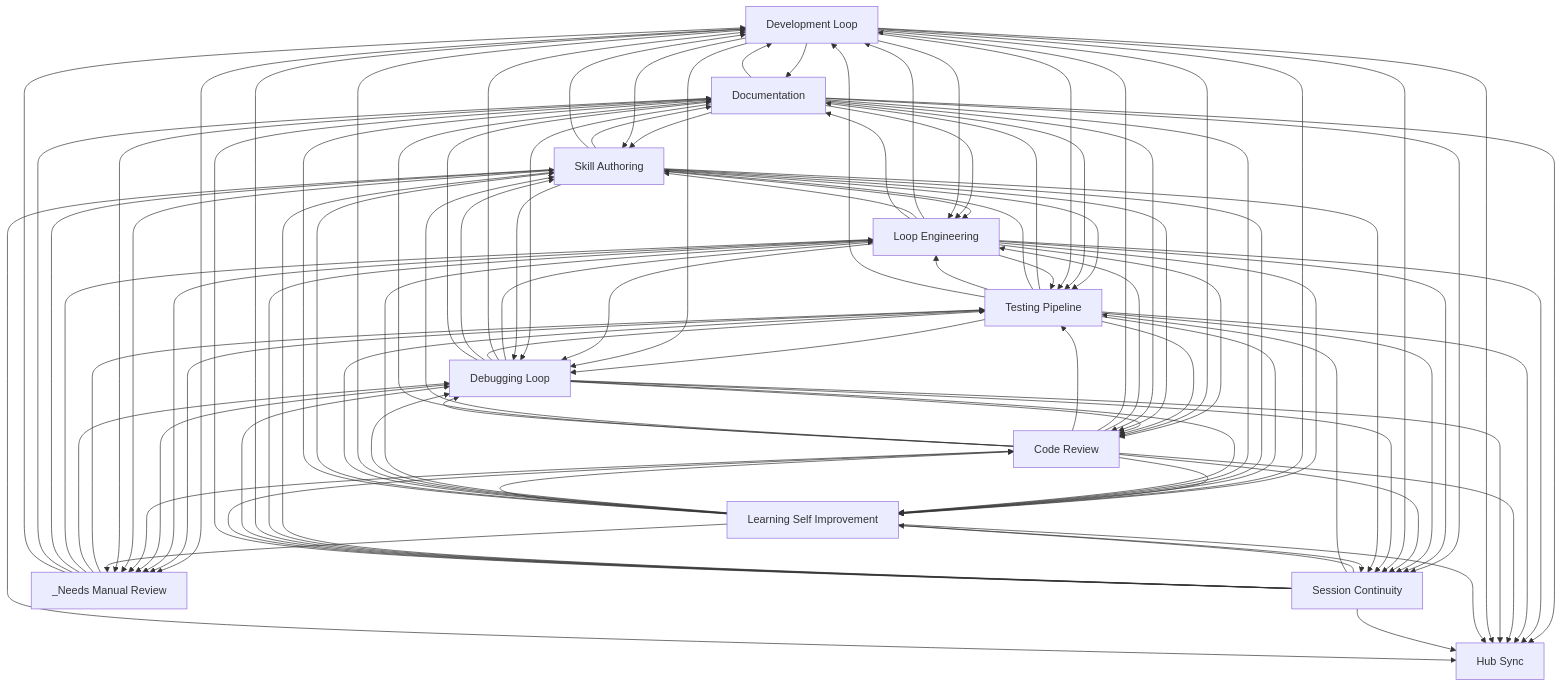
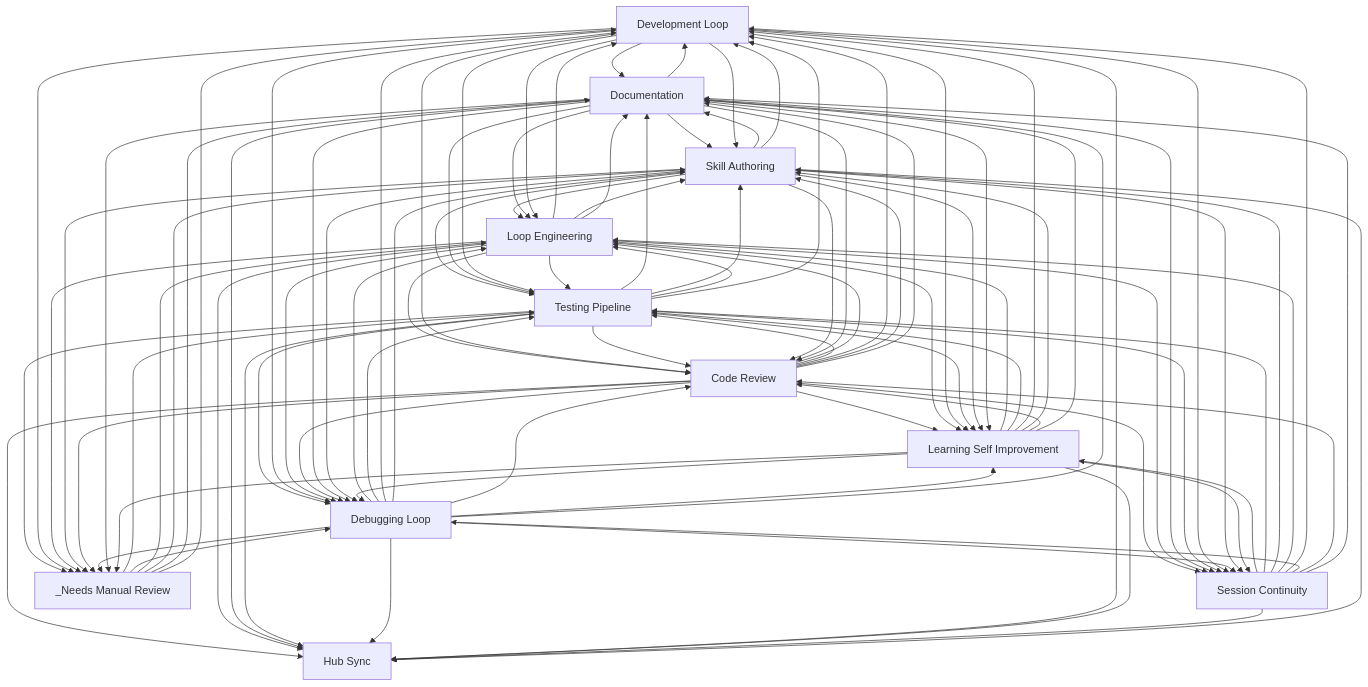
The diagram in docs/workflows/INDEX.md (abhayla/claude-best-practices), drawn with Mermaid before and after one commit. The commit also changed other lines of this file and 18 other files, not shown here.

First line of the commit message:
feat(loop-engineering): emit hub-linked telemetry for automatic downstream monitoring (v1.1.0)

```diff
--- a/docs/workflows/INDEX.md
+++ b/docs/workflows/INDEX.md
@@ -34,64 +34,64 @@
     hub_sync[Hub Sync]
     _needs_manual_review[_Needs Manual Review]
     skill_authoring --> documentation
+    testing_pipeline --> documentation
     development_loop --> documentation
-    testing_pipeline --> documentation
     skill_authoring --> loop_engineering
     skill_authoring --> testing_pipeline
     documentation --> skill_authoring
     documentation --> loop_engineering
     documentation --> testing_pipeline
+    testing_pipeline --> skill_authoring
+    testing_pipeline --> loop_engineering
     development_loop --> skill_authoring
     development_loop --> loop_engineering
     development_loop --> testing_pipeline
-    testing_pipeline --> skill_authoring
-    testing_pipeline --> loop_engineering
+    code_review --> loop_engineering
+    code_review --> testing_pipeline
+    code_review --> development_loop
+    code_review --> skill_authoring
+    loop_engineering --> testing_pipeline
     loop_engineering --> development_loop
-    loop_engineering --> testing_pipeline
+    loop_engineering --> skill_authoring
     loop_engineering --> code_review
-    loop_engineering --> skill_authoring
     development_loop --> code_review
-    code_review --> loop_engineering
-    code_review --> development_loop
-    code_review --> testing_pipeline
-    code_review --> skill_authoring
+    code_review --> learning_self_improvement
     loop_engineering --> learning_self_improvement
     development_loop --> learning_self_improvement
-    code_review --> learning_self_improvement
-    testing_pipeline --> debugging_loop
     testing_pipeline --> development_loop
     testing_pipeline --> code_review
+    testing_pipeline --> debugging_loop
     debugging_loop --> loop_engineering
+    debugging_loop --> testing_pipeline
     debugging_loop --> development_loop
-    debugging_loop --> testing_pipeline
+    debugging_loop --> skill_authoring
     debugging_loop --> code_review
-    debugging_loop --> skill_authoring
     development_loop --> debugging_loop
     documentation --> development_loop
     loop_engineering --> debugging_loop
     loop_engineering --> documentation
+    skill_authoring --> code_review
     skill_authoring --> development_loop
-    skill_authoring --> code_review
     testing_pipeline --> learning_self_improvement
     skill_authoring --> learning_self_improvement
+    testing_pipeline --> _needs_manual_review
     development_loop --> _needs_manual_review
-    testing_pipeline --> _needs_manual_review
+    code_review --> debugging_loop
+    documentation --> code_review
     documentation --> debugging_loop
-    documentation --> code_review
-    code_review --> debugging_loop
+    code_review --> session_continuity
+    code_review --> hub_sync
+    code_review --> documentation
+    loop_engineering --> session_continuity
+    loop_engineering --> hub_sync
+    documentation --> session_continuity
     documentation --> hub_sync
-    documentation --> session_continuity
     documentation --> learning_self_improvement
-    loop_engineering --> hub_sync
-    loop_engineering --> session_continuity
+    testing_pipeline --> session_continuity
     testing_pipeline --> hub_sync
-    testing_pipeline --> session_continuity
-    code_review --> hub_sync
-    code_review --> session_continuity
-    code_review --> documentation
-    development_loop --> session_continuity
     session_continuity --> learning_self_improvement
     session_continuity --> testing_pipeline
+    development_loop --> session_continuity
     _needs_manual_review --> testing_pipeline
     debugging_loop --> session_continuity
     debugging_loop --> learning_self_improvement
@@ -103,15 +103,15 @@
     _needs_manual_review --> debugging_loop
     _needs_manual_review --> loop_engineering
     learning_self_improvement --> loop_engineering
+    learning_self_improvement --> testing_pipeline
+    learning_self_improvement --> development_loop
+    learning_self_improvement --> skill_authoring
+    learning_self_improvement --> code_review
     learning_self_improvement --> debugging_loop
-    learning_self_improvement --> development_loop
-    learning_self_improvement --> testing_pipeline
-    learning_self_improvement --> code_review
-    learning_self_improvement --> skill_authoring
     loop_engineering --> _needs_manual_review
+    skill_authoring --> _needs_manual_review
+    code_review --> _needs_manual_review
     debugging_loop --> _needs_manual_review
-    code_review --> _needs_manual_review
-    skill_authoring --> _needs_manual_review
     _needs_manual_review --> skill_authoring
     _needs_manual_review --> documentation
     _needs_manual_review --> development_loop
```
